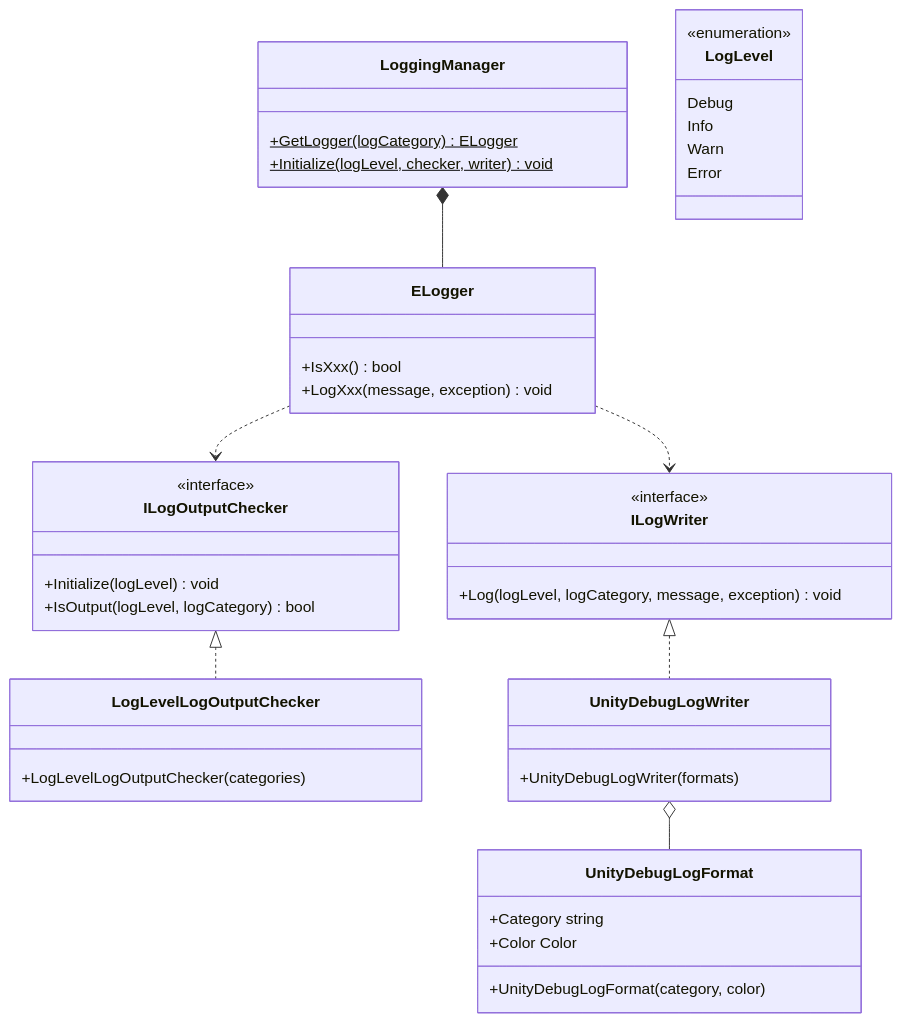
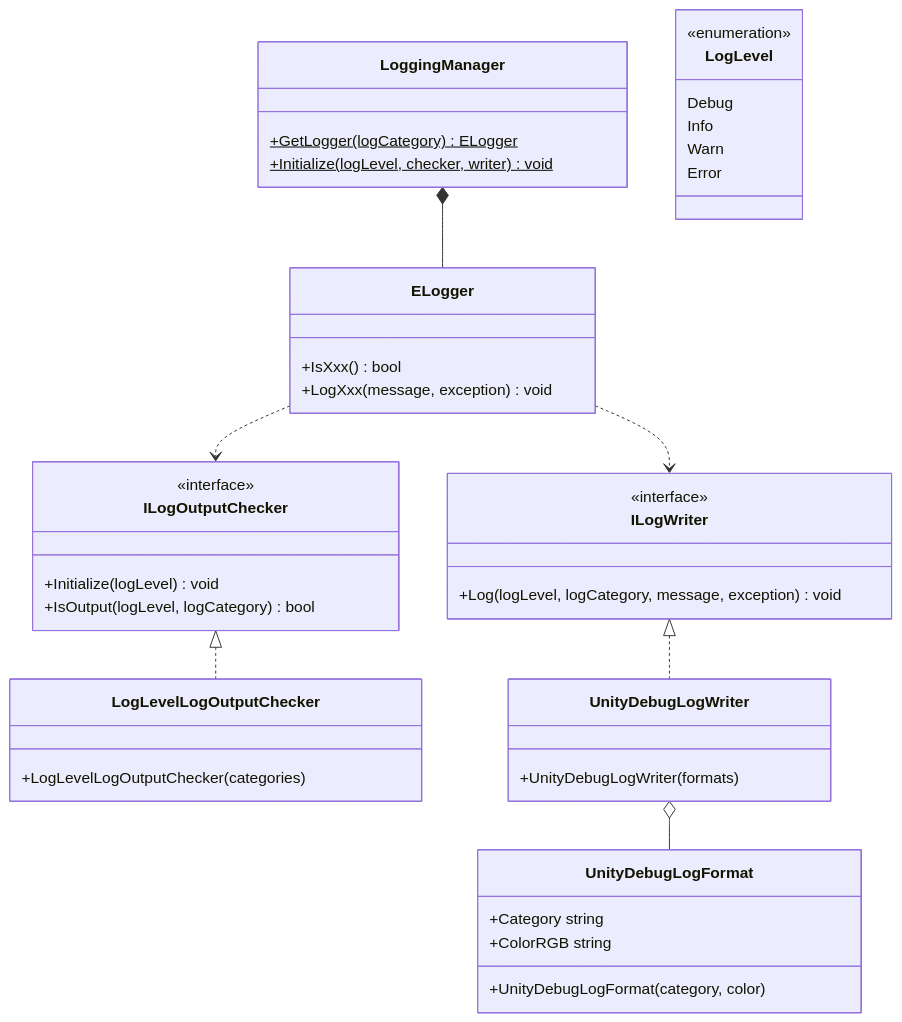
One commit to extreal-dev/Extreal.Guide changed the first of 2 diagrams in docs/core/logging.md. Above: the diagram before and after it, drawn with Mermaid. The commit also changed other lines of this file and 1 other file, not shown here.

Commit message:
Fix typo etc

````diff
--- a/docs/core/logging.md
+++ b/docs/core/logging.md
@@ -61,53 +61,53 @@
 ```mermaid
 classDiagram
 
     LoggingManager *-- ELogger
     ELogger ..> ILogOutputChecker
     ELogger ..> ILogWriter
     ILogOutputChecker <|.. LogLevelLogOutputChecker
     ILogWriter <|.. UnityDebugLogWriter
     UnityDebugLogWriter o-- UnityDebugLogFormat
 
     class LogLevel {
         <<enumeration>>
         Debug
         Info
         Warn
         Error
     }
 
     class ELogger {
         +IsXxx() bool
         +LogXxx(message, exception) void
     }
 
     class LoggingManager {
         +GetLogger(logCategory)$ ELogger
         +Initialize(logLevel, checker, writer)$ void
     }
 
     class ILogOutputChecker {
         <<interface>>
         +Initialize(logLevel) void
         +IsOutput(logLevel, logCategory) bool
     }
 
     class ILogWriter {
         <<interface>>
         +Log(logLevel, logCategory, message, exception) void
     }
 
     class LogLevelLogOutputChecker {
         +LogLevelLogOutputChecker(categories)
     }
 
     class UnityDebugLogWriter {
         +UnityDebugLogWriter(formats)
     }
     
     class UnityDebugLogFormat {
         +Category string
-        +Color Color
+        +ColorRGB string
         +UnityDebugLogFormat(category, color)
     }
 ```
````
